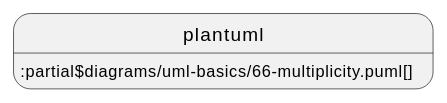
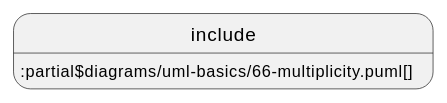
The third of 24 diagrams in documentation/IDTA-01001/modules/ROOT/pages/annex/uml.adoc (acplt/aas-specs), drawn with PlantUML before and after one commit. The commit also changed other lines of this file and 14 other files, not shown here.

First line of the commit message:
Revert "Use plantuml instead of include and test ./"

```diff
--- a/documentation/IDTA-01001/modules/ROOT/pages/annex/uml.adoc
+++ b/documentation/IDTA-01001/modules/ROOT/pages/annex/uml.adoc
@@ -70,4 +70,4 @@
 [plantuml, 66-multiplicity, svg]
 ....
-plantuml::partial$diagrams/uml-basics/66-multiplicity.puml[]
+include::partial$diagrams/uml-basics/66-multiplicity.puml[]
 ....
```
